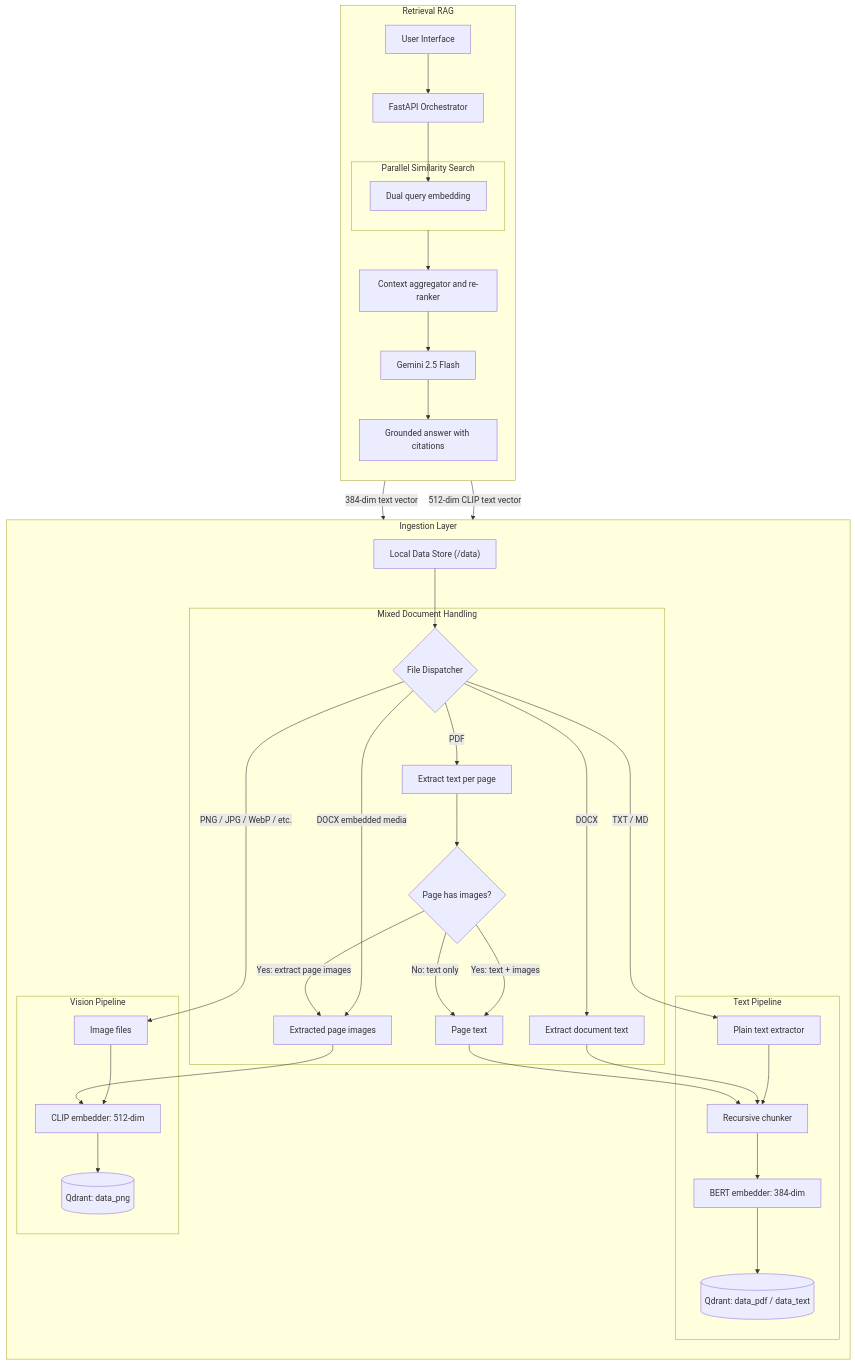
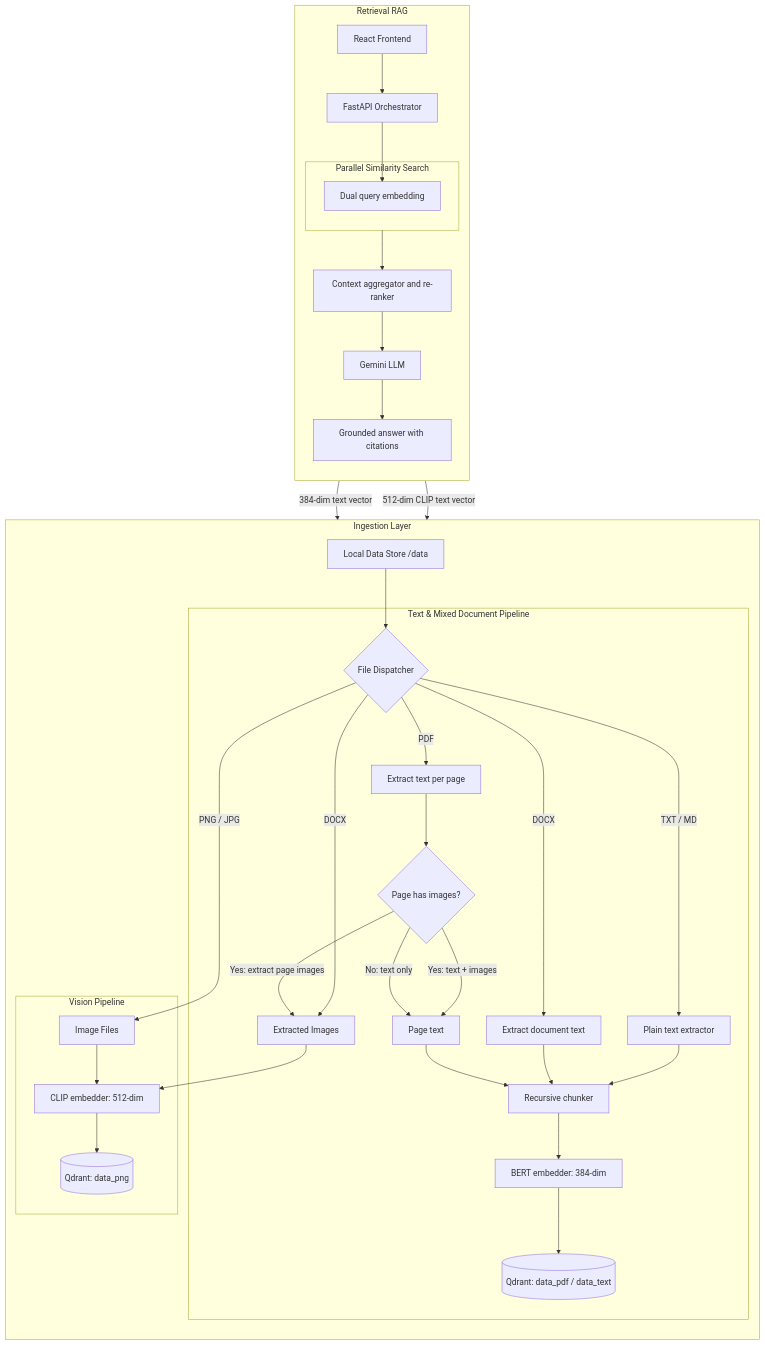
One commit to gulkhan92/Multimodal_RAG_Chatbot_-with_EmbedAnything changed the diagram in README.md. Above: the diagram before and after it, drawn with Mermaid. The commit also changed other lines of this file and 13 other files, not shown here.

````diff
--- a/README.md
+++ b/README.md
@@ -15,48 +15,48 @@
 ```mermaid
 graph TD
     subgraph Ingestion["Ingestion Layer"]
         direction TB
-        Data["Local Data Store (/data)"] --> Dispatcher{"File Dispatcher"}
+        Data["Local Data Store /data"] --> Dispatcher{"File Dispatcher"}
         
-        subgraph MixedDocs["Mixed Document Handling"]
+        subgraph TextPipeline["Text & Mixed Document Pipeline"]
             Dispatcher -- "PDF" --> PDFPages["Extract text per page"]
             PDFPages --> PageCheck{"Page has images?"}
             PageCheck -- "No: text only" --> PDFText["Page text"]
             PageCheck -- "Yes: text + images" --> PDFText
-            PageCheck -- "Yes: extract page images" --> EmbeddedImages["Extracted page images"]
+            PageCheck -- "Yes: extract page images" --> EmbeddedImages["Extracted Images"]
             Dispatcher -- "DOCX" --> DocxText["Extract document text"]
-            Dispatcher -- "DOCX embedded media" --> EmbeddedImages
+            Dispatcher -- "DOCX" --> EmbeddedImages
         end
         
         subgraph TextPipeline["Text Pipeline"]
             Dispatcher -- "TXT / MD" --> PlainText["Plain text extractor"]
             PDFText --> Chunker["Recursive chunker"]
             DocxText --> Chunker
             PlainText --> Chunker
             Chunker --> TextEmbed["BERT embedder: 384-dim"]
             TextEmbed --> TextDB[("Qdrant: data_pdf / data_text")]
         end
 
         subgraph VisionPipeline["Vision Pipeline"]
-            Dispatcher -- "PNG / JPG / WebP / etc." --> ImageFiles["Image files"]
+            Dispatcher -- "PNG / JPG" --> ImageFiles["Image Files"]
             EmbeddedImages --> ImageEmbed["CLIP embedder: 512-dim"]
             ImageFiles --> ImageEmbed
             ImageEmbed --> ImageDB[("Qdrant: data_png")]
         end
     end
 
     subgraph Retrieval["Retrieval RAG"]
         direction TB
-        UI["User Interface"] --> API["FastAPI Orchestrator"]
+        UI["React Frontend"] --> API["FastAPI Orchestrator"]
         API --> QueryEmbed["Dual query embedding"]
         
         subgraph Search["Parallel Similarity Search"]
             QueryEmbed -- "384-dim text vector" --> TextDB
             QueryEmbed -- "512-dim CLIP text vector" --> ImageDB
         end
         
         Search --> Aggregator["Context aggregator and re-ranker"]
-        Aggregator --> Gemini["Gemini 2.5 Flash"]
+        Aggregator --> Gemini["Gemini LLM"]
         Gemini --> Response["Grounded answer with citations"]
     end
 ```
````
